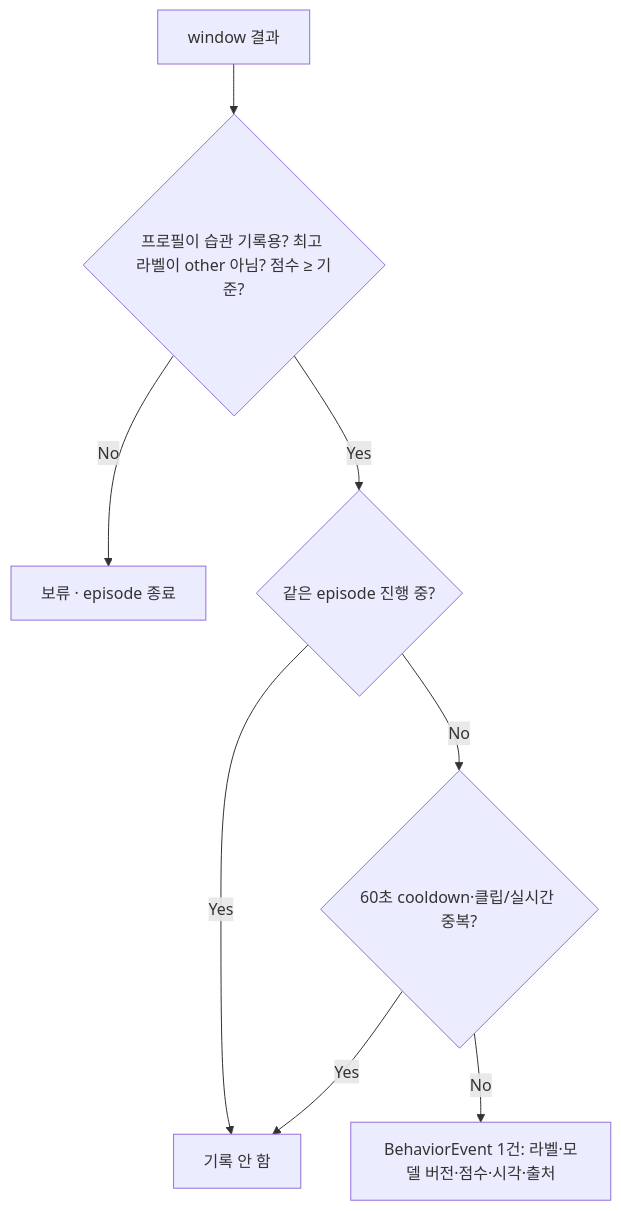
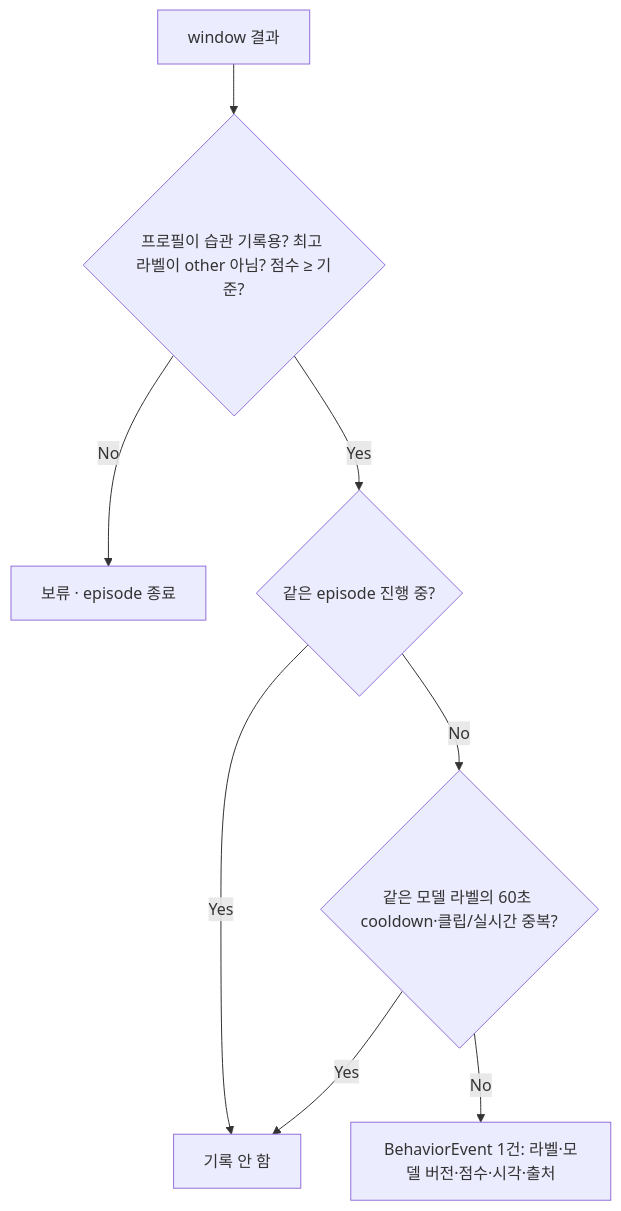
One commit to HanaPark-lab/desk-habit-coach changed the diagram in docs/AI_PIPELINE.md. Above: the diagram before and after it, drawn with Mermaid. The commit also changed other lines of this file and 21 other files, not shown here.

Commit message:
docs: update project documentation and architecture diagrams

````diff
--- a/docs/AI_PIPELINE.md
+++ b/docs/AI_PIPELINE.md
@@ -30,10 +32,10 @@
 ```mermaid
 flowchart TD
  A[window 결과] --> B{프로필이 습관 기록용? 최고 라벨이 other 아님? 점수 ≥ 기준?}
  B -->|No| X[보류 · episode 종료]
  B -->|Yes| C{같은 episode 진행 중?}
  C -->|Yes| X2[기록 안 함]
- C -->|No| D{60초 cooldown·클립/실시간 중복?}
+ C -->|No| D{같은 모델 라벨의 60초 cooldown·클립/실시간 중복?}
  D -->|Yes| X2
  D -->|No| E[BehaviorEvent 1건: 라벨·모델 버전·점수·시각·출처]
 ```
````
